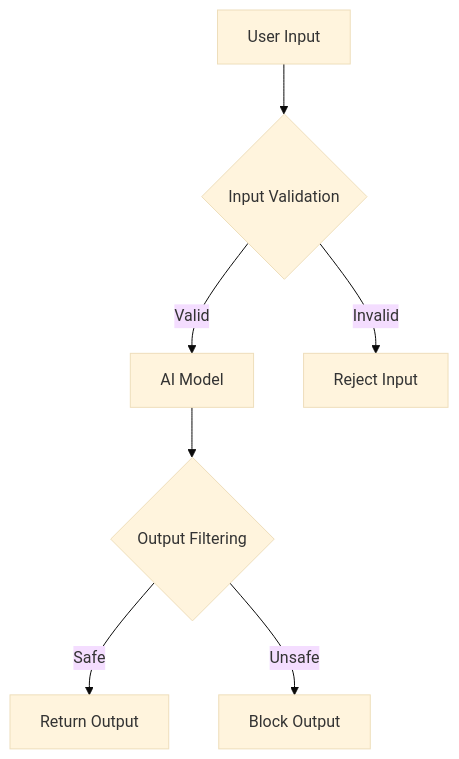
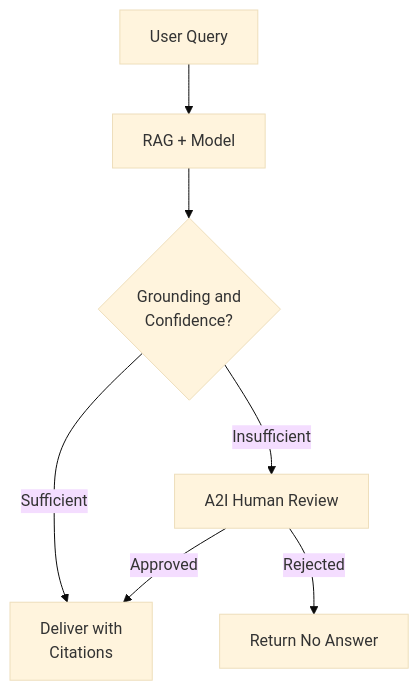
Before and after one commit to CloudCityPress/aws-aif-c01: the fourth of 5 diagrams in english/50_10_Methods_to_secure_AI_systems.md, drawn with Mermaid (base theme). The commit also changed other lines of this file and 76 other files, not shown here.

````diff
--- a/english/50_10_Methods_to_secure_AI_systems.md
+++ b/english/50_10_Methods_to_secure_AI_systems.md
@@ -263,10 +157,9 @@
 ```mermaid
 flowchart TD
-    A[User Input] --> B{Input Validation}
-    B -->|Valid| C[AI Model]
-    B -->|Invalid| D[Reject Input]
-    C --> E{Output Filtering}
-    E -->|Safe| F[Return Output]
-    E -->|Unsafe| G[Block Output]
-
+    A[User Query] --> B[RAG + Model]
+    B --> C{Grounding and<br>Confidence?}
+    C -->|Sufficient| D[Deliver with<br>Citations]
+    C -->|Insufficient| E[A2I Human Review]
+    E -->|Approved| D
+    E -->|Rejected| F[Return No Answer]
 ```
````
